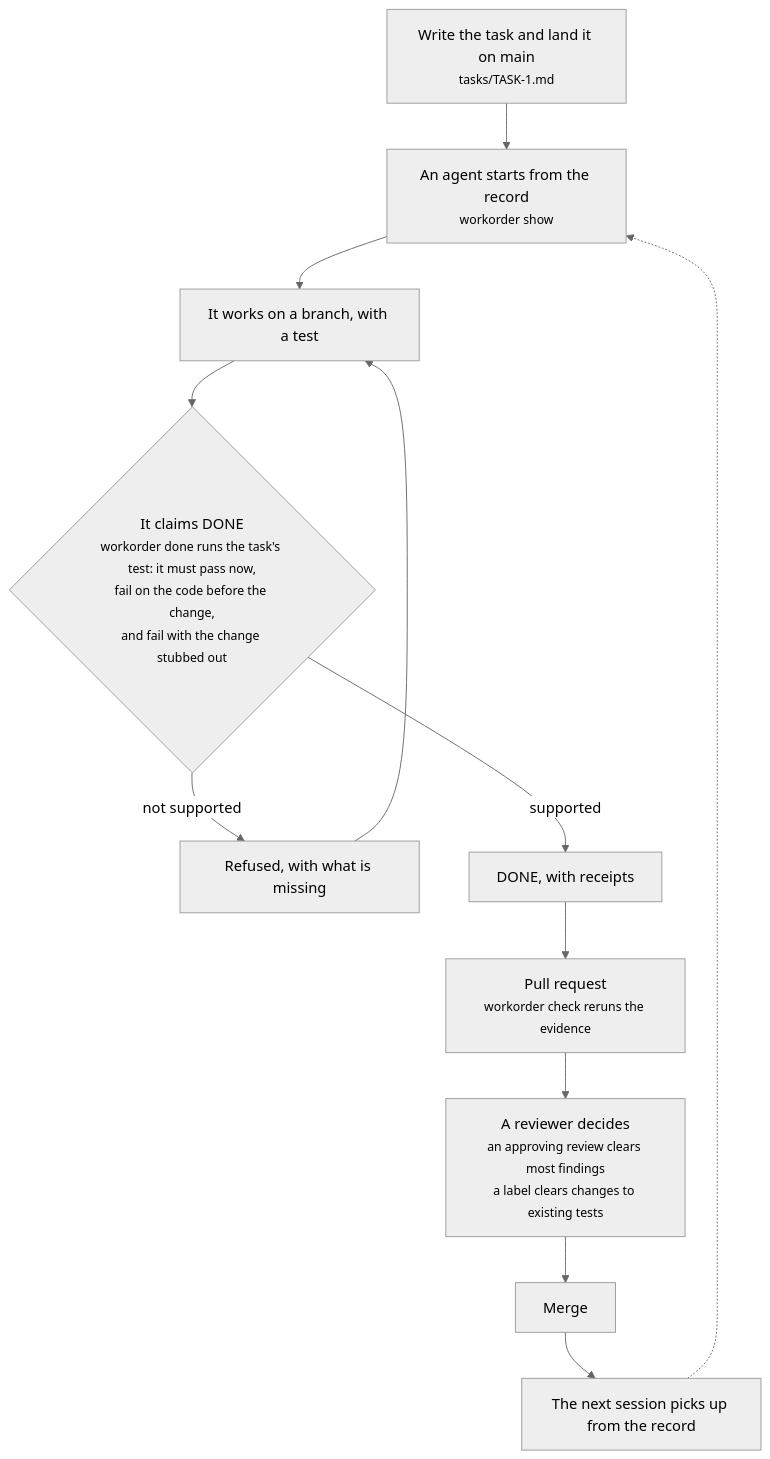
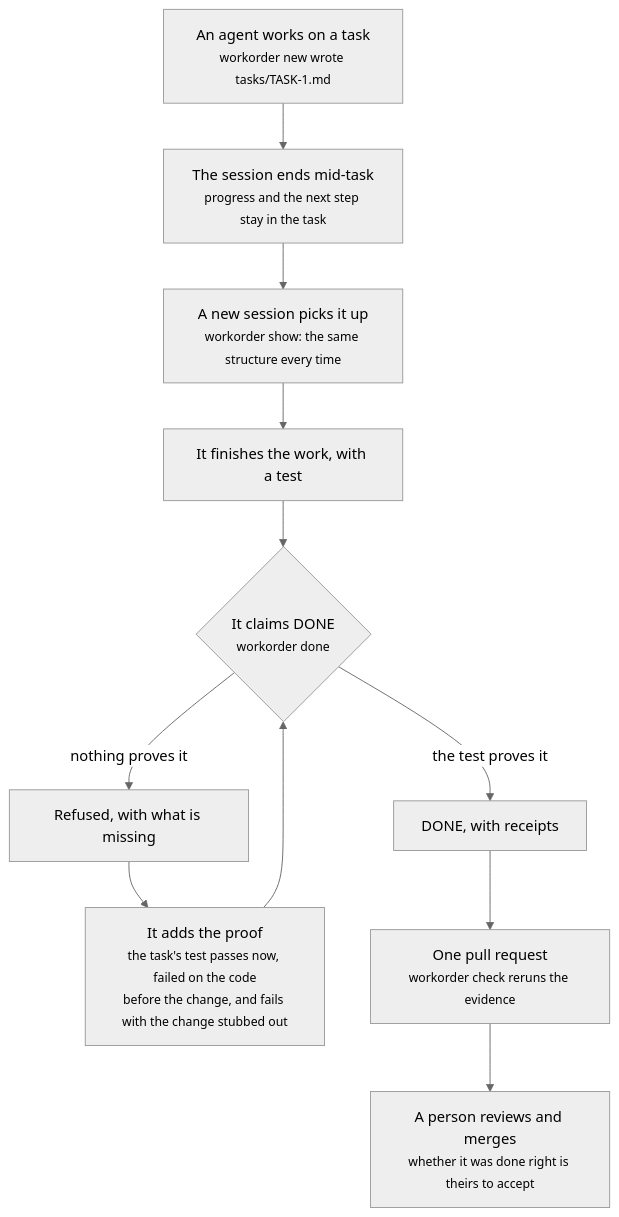
The diagram in README.md (Argento17/notquite), drawn with Mermaid (neutral theme) before and after one commit. The commit also changed other lines of this file and 4 other files, not shown here.

Commit message:
Docs: continuity first, one-branch quick start, test result vs accepted task, language support table

````diff
--- a/README.md
+++ b/README.md
@@ -7,14 +9,13 @@
 ```mermaid
 flowchart TD
-    A["Write the task and land it on main<br/><small>tasks/TASK-1.md</small>"] --> B["An agent starts from the record<br/><small>workorder show</small>"]
-    B --> C["It works on a branch, with a test"]
-    C --> D{"It claims DONE<br/><small>workorder done runs the task's test: it must pass now,<br/>fail on the code before the change,<br/>and fail with the change stubbed out</small>"}
-    D -- "not supported" --> E["Refused, with what is missing"]
-    E --> C
-    D -- "supported" --> F["DONE, with receipts"]
-    F --> G["Pull request<br/><small>workorder check reruns the evidence</small>"]
-    G --> H["A reviewer decides<br/><small>an approving review clears most findings<br/>a label clears changes to existing tests</small>"]
-    H --> I["Merge"]
-    I --> J["The next session picks up from the record"]
-    J -.-> B
+    A["An agent works on a task<br/><small>workorder new wrote tasks/TASK-1.md</small>"] --> B["The session ends mid-task<br/><small>progress and the next step stay in the task</small>"]
+    B --> C["A new session picks it up<br/><small>workorder show: the same structure every time</small>"]
+    C --> D["It finishes the work, with a test"]
+    D --> E{"It claims DONE<br/><small>workorder done</small>"}
+    E -- "nothing proves it" --> F["Refused, with what is missing"]
+    F --> G["It adds the proof<br/><small>the task's test passes now, failed on the code<br/>before the change, and fails with the change stubbed out</small>"]
+    G --> E
+    E -- "the test proves it" --> H["DONE, with receipts"]
+    H --> I["One pull request<br/><small>workorder check reruns the evidence</small>"]
+    I --> J["A person reviews and merges<br/><small>whether it was done right is theirs to accept</small>"]
 ```
````
